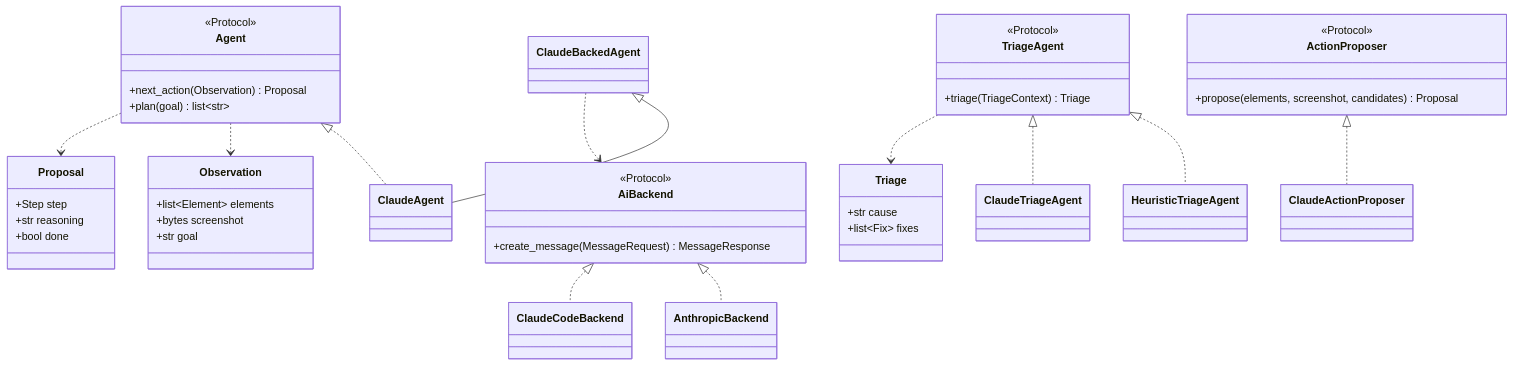
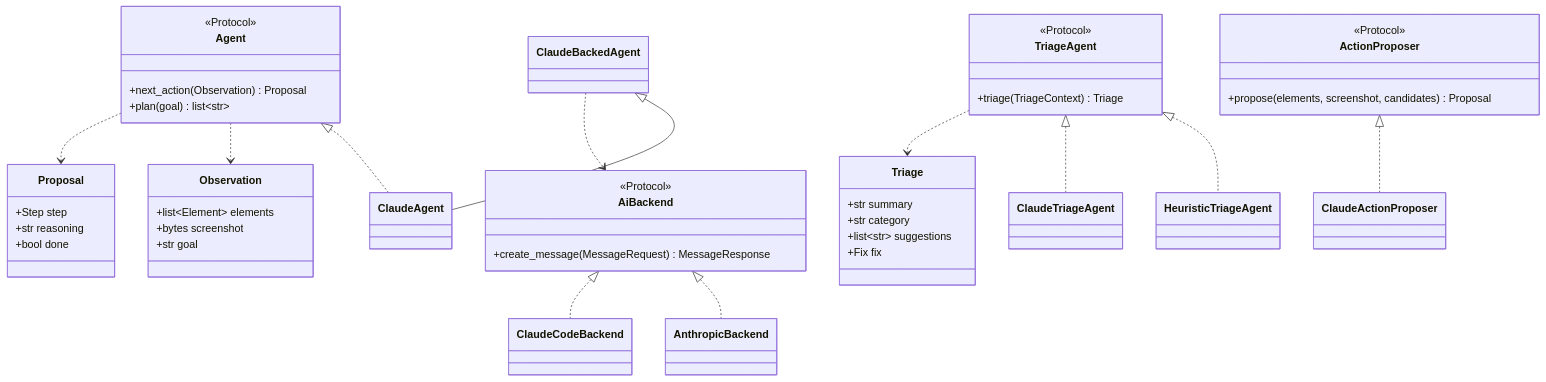
The seventh of 7 diagrams in docs/ja/code-structure.md (bajutsu-e2e/bajutsu), drawn with Mermaid before and after one commit. The commit also changed other lines of this file and 5 other files, not shown here.

````diff
--- a/docs/ja/code-structure.md
+++ b/docs/ja/code-structure.md
@@ -686,46 +692,48 @@
 ```mermaid
 classDiagram
     class Agent {
         <<Protocol>>
         +next_action(Observation) Proposal
         +plan(goal) list~str~
     }
     class Observation {
         +list~Element~ elements
         +bytes screenshot
         +str goal
     }
     class Proposal {
         +Step step
         +str reasoning
         +bool done
     }
     class AiBackend {
         <<Protocol>>
         +create_message(MessageRequest) MessageResponse
     }
     class ActionProposer {
         <<Protocol>>
         +propose(elements, screenshot, candidates) Proposal
     }
     class TriageAgent {
         <<Protocol>>
         +triage(TriageContext) Triage
     }
     class Triage {
-        +str cause
-        +list~Fix~ fixes
+        +str summary
+        +str category
+        +list~str~ suggestions
+        +Fix fix
     }
 
     Agent <|.. ClaudeAgent
     ClaudeBackedAgent <|-- ClaudeAgent
     ClaudeBackedAgent ..> AiBackend
     AiBackend <|.. AnthropicBackend
     AiBackend <|.. ClaudeCodeBackend
     ActionProposer <|.. ClaudeActionProposer
     TriageAgent <|.. HeuristicTriageAgent
     TriageAgent <|.. ClaudeTriageAgent
     TriageAgent ..> Triage
     Agent ..> Observation
     Agent ..> Proposal
 ```
````
